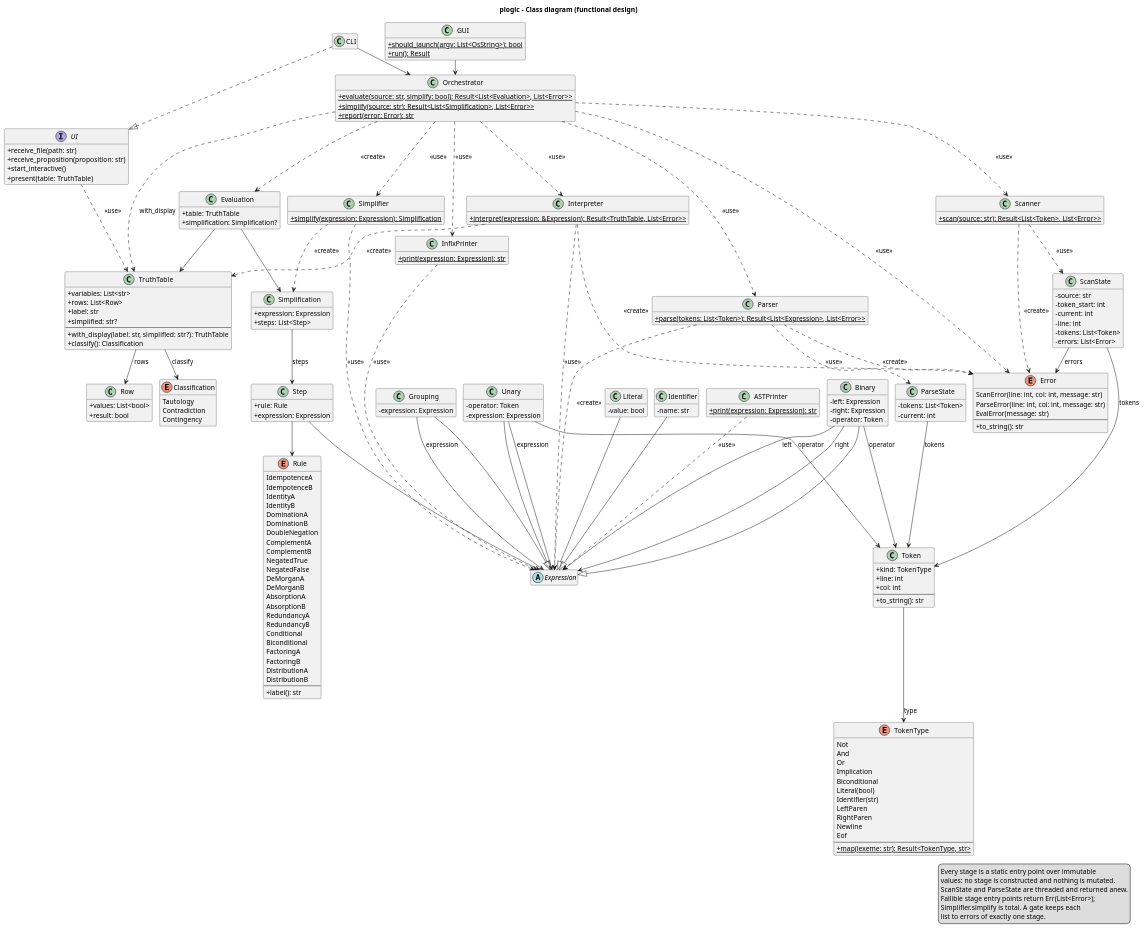
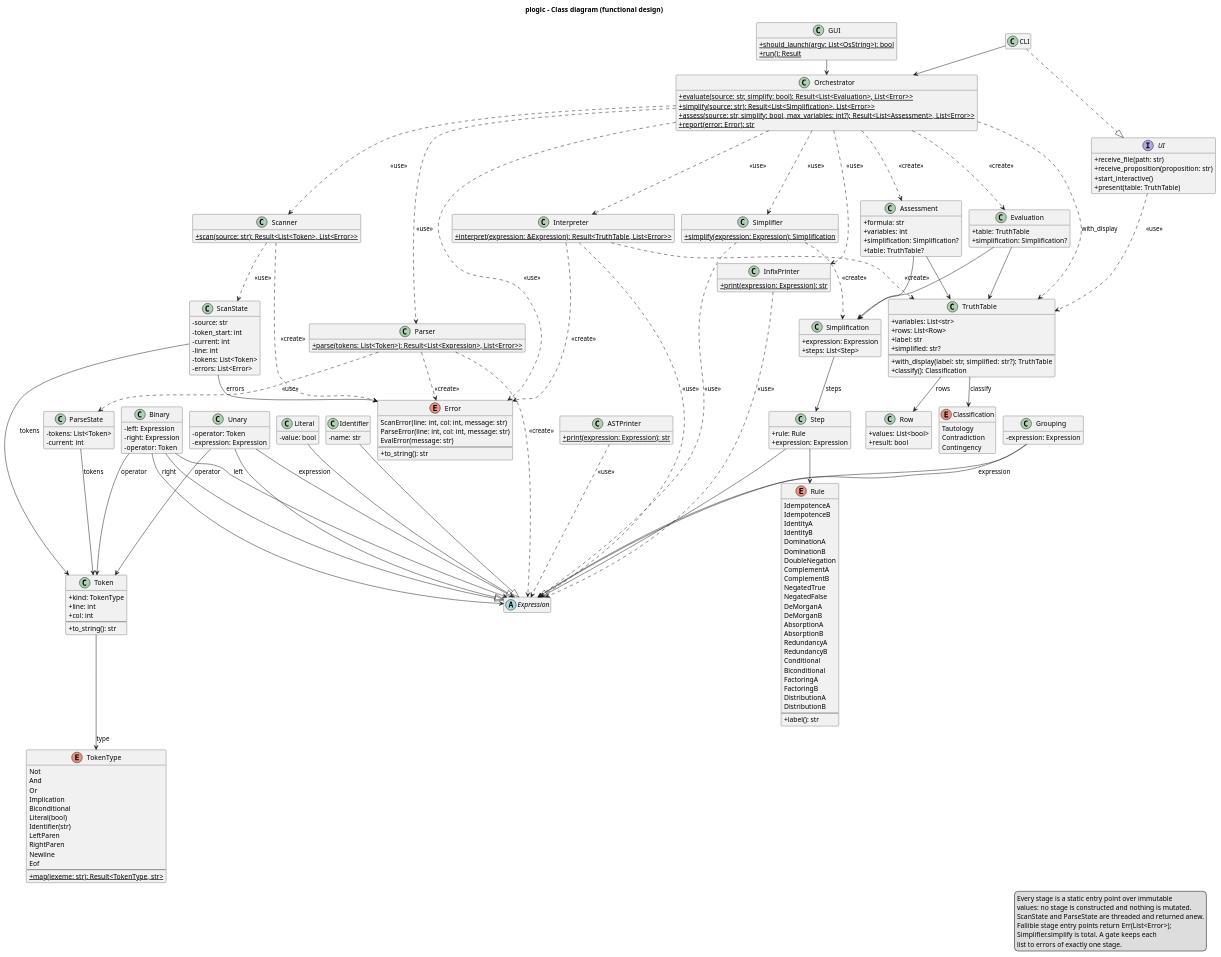
One commit to Josgtg/plogic changed the diagram in design/diagrams/class_diagram.puml. Above: the diagram before and after it, drawn with PlantUML. The commit also changed 9 other files, not shown here.

```diff
--- a/design/diagrams/class_diagram.puml
+++ b/design/diagrams/class_diagram.puml
@@ -23,12 +23,20 @@
 class Orchestrator {
   +{static} evaluate(source: str, simplify: bool): Result<List<Evaluation>, List<Error>>
   +{static} simplify(source: str): Result<List<Simplification>, List<Error>>
+  +{static} assess(source: str, simplify: bool, max_variables: int?): Result<List<Assessment>, List<Error>>
   +{static} report(error: Error): str
 }
 
 class Evaluation {
   +table: TruthTable
   +simplification: Simplification?
+}
+
+class Assessment {
+  +formula: str
+  +variables: int
+  +simplification: Simplification?
+  +table: TruthTable?
 }
 
 enum TokenType {
@@ -197,9 +205,12 @@
 Orchestrator ..> InfixPrinter : <<use>>
 Orchestrator ..> Error : <<use>>
 Orchestrator ..> Evaluation : <<create>>
+Orchestrator ..> Assessment : <<create>>
 
 Evaluation --> TruthTable
 Evaluation --> Simplification
+Assessment --> TruthTable
+Assessment --> Simplification
 
 Simplifier ..> Simplification : <<create>>
 Simplification --> Step : steps
```
